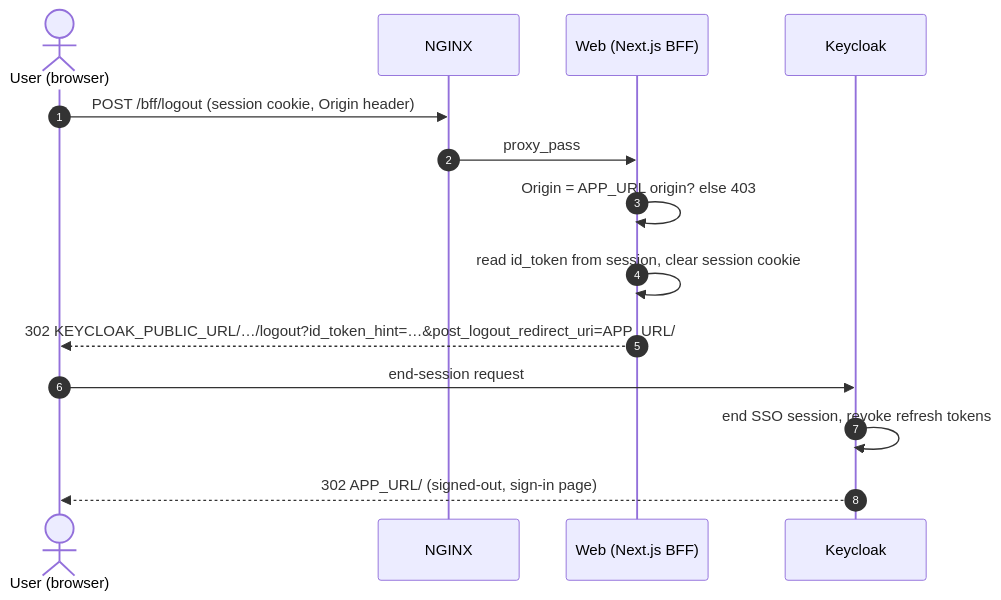
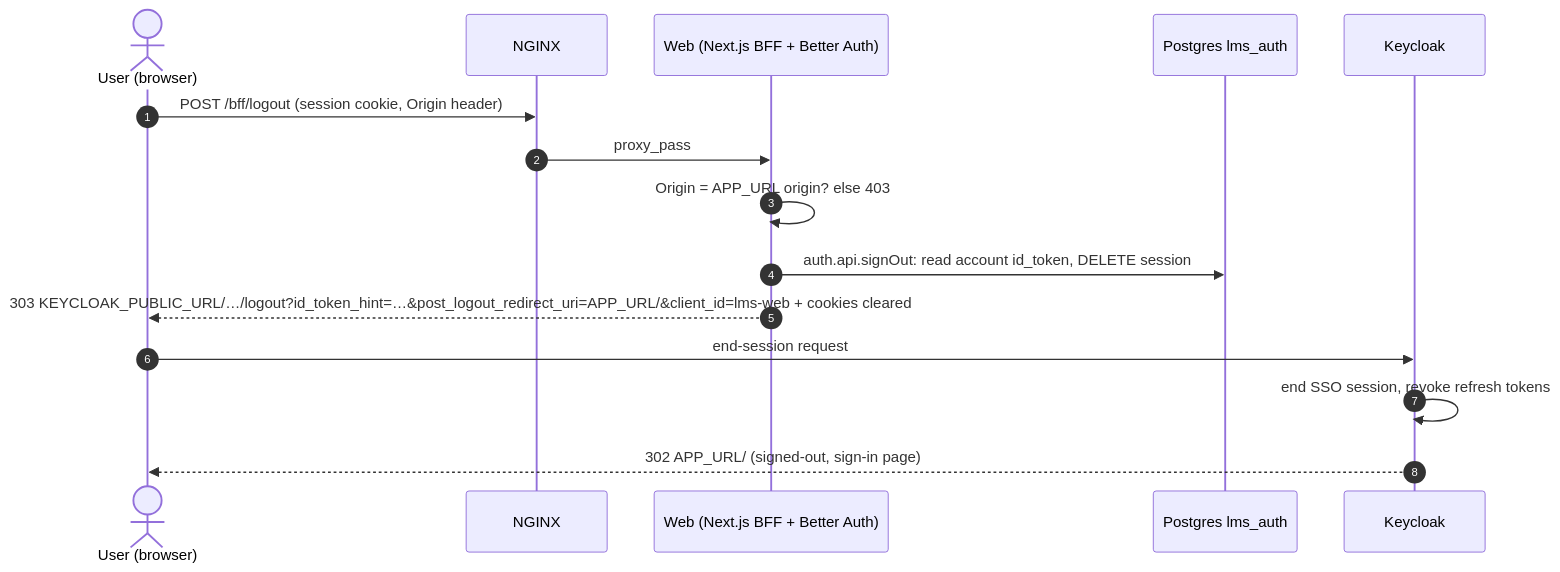
Before and after one commit to heyadityak/lms: the second of 11 diagrams in docs/diagrams/06-sequence-diagrams.md, drawn with Mermaid. The commit also changed other lines of this file and 29 other files, not shown here.

First line of the commit message:
docs: Better Auth BFF + Ant Design v6 (D-45), phase-7 fix decisions (D-46)

````diff
--- a/docs/diagrams/06-sequence-diagrams.md
+++ b/docs/diagrams/06-sequence-diagrams.md
@@ -67,17 +73,18 @@
 ```mermaid
 sequenceDiagram
     autonumber
     actor U as User (browser)
     participant N as NGINX
-    participant W as Web (Next.js BFF)
+    participant W as Web (Next.js BFF + Better Auth)
+    participant AU as Postgres lms_auth
     participant K as Keycloak
 
     U->>N: POST /bff/logout (session cookie, Origin header)
     N->>W: proxy_pass
     W->>W: Origin = APP_URL origin? else 403
-    W->>W: read id_token from session, clear session cookie
-    W-->>U: 302 KEYCLOAK_PUBLIC_URL/…/logout?id_token_hint=…&post_logout_redirect_uri=APP_URL/
+    W->>AU: auth.api.signOut: read account id_token, DELETE session
+    W-->>U: 303 KEYCLOAK_PUBLIC_URL/…/logout?id_token_hint=…&post_logout_redirect_uri=APP_URL/&client_id=lms-web + cookies cleared
     U->>K: end-session request
     K->>K: end SSO session, revoke refresh tokens
     K-->>U: 302 APP_URL/ (signed-out, sign-in page)
 ```
````
